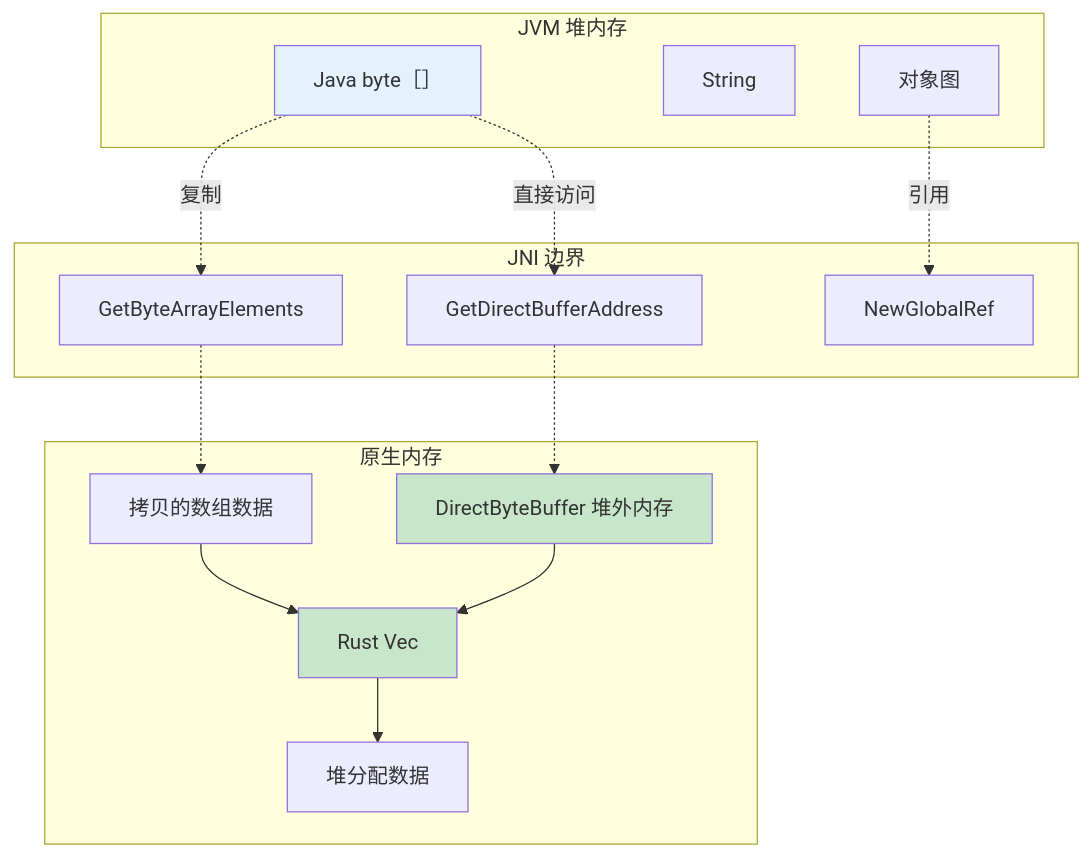
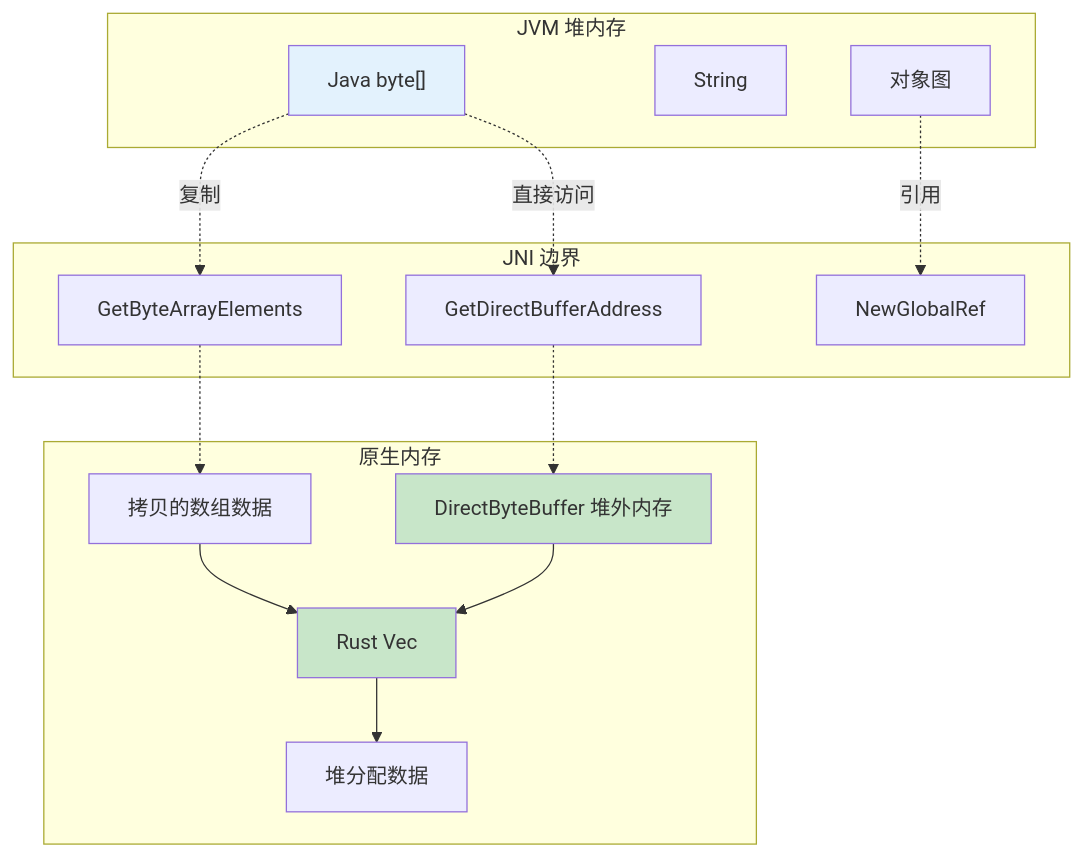
Before and after one commit to AdaMartin18010/AnalysisDataFlow: the third of 4 diagrams in Knowledge/Flink-Scala-Rust-Comprehensive/03-scala-rust-interop/03.02-jni-bridge.md, drawn with Mermaid. The commit also changed 42 other files, not shown here.

````diff
--- a/Knowledge/Flink-Scala-Rust-Comprehensive/03-scala-rust-interop/03.02-jni-bridge.md
+++ b/Knowledge/Flink-Scala-Rust-Comprehensive/03-scala-rust-interop/03.02-jni-bridge.md
@@ -1023,37 +1023,37 @@
 ```mermaid
 graph TB
     subgraph "JVM 堆内存"
-        J1[Java byte［］]
+        J1["Java byte[]"]
         J2[String]
         J3[对象图]
     end
 
     subgraph "JNI 边界"
         B1[GetByteArrayElements]
         B2[GetDirectBufferAddress]
         B3[NewGlobalRef]
     end
 
     subgraph "原生内存"
         N1[拷贝的数组数据]
         N2[DirectByteBuffer 堆外内存]
         N3[Rust Vec<T>]
         N4[堆分配数据]
     end
 
     J1 -.->|复制| B1
     B1 -.-> N1
 
     J1 -.->|直接访问| B2
     B2 -.-> N2
 
     J3 -.->|引用| B3
 
     N1 --> N3
     N2 --> N3
     N3 --> N4
 
     style J1 fill:#e3f2fd
     style N2 fill:#c8e6c9
     style N3 fill:#c8e6c9
 ```
````
